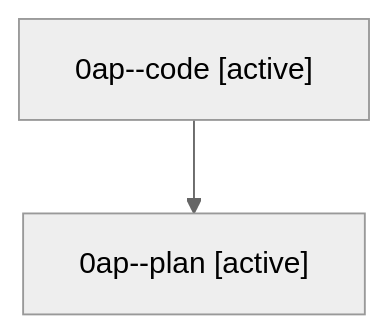
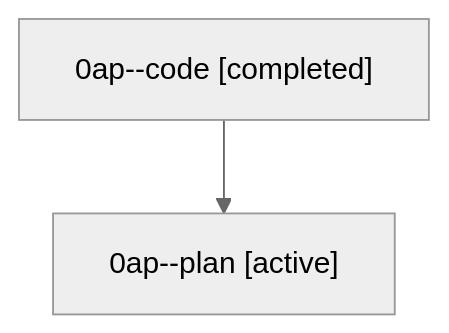
Before and after one commit to sase-org/sase--agents: the diagram in families/bbugyi200.athena.0ap.md, drawn with Mermaid (neutral theme). The commit also changed other lines of this file and 35830 other files, not shown here.

````diff
--- a/families/bbugyi200.athena.0ap.md
+++ b/families/bbugyi200.athena.0ap.md
@@ -9,6 +9,6 @@
 ```mermaid
 flowchart TD
-  n0["0ap--code [active]"]
+  n0["0ap--code [completed]"]
   n1["0ap--plan [active]"]
   n0 --> n1
 ```
````
